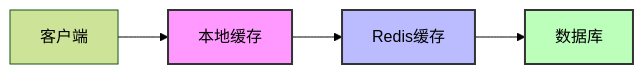
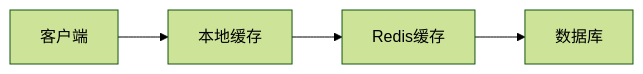
Before and after one commit to woxiaobao/woxiaobao.github.io: the second of 3 diagrams in content/post/redis-advanced-application.md, drawn with Mermaid (forest theme). The commit also changed other lines of this file and 7 other files, not shown here.

````diff
--- a/content/post/redis-advanced-application.md
+++ b/content/post/redis-advanced-application.md
@@ -90,10 +90,8 @@
 ```mermaid
 flowchart LR
     Client[客户端] --> LocalCache[本地缓存]
     LocalCache --> Redis[Redis缓存]
     Redis --> DB[数据库]
     
-    style LocalCache fill:#f9f,stroke:#333,stroke-width:2px
-    style Redis fill:#bbf,stroke:#333,stroke-width:2px
-    style DB fill:#bfb,stroke:#333,stroke-width:2px
+    
 ```
````
